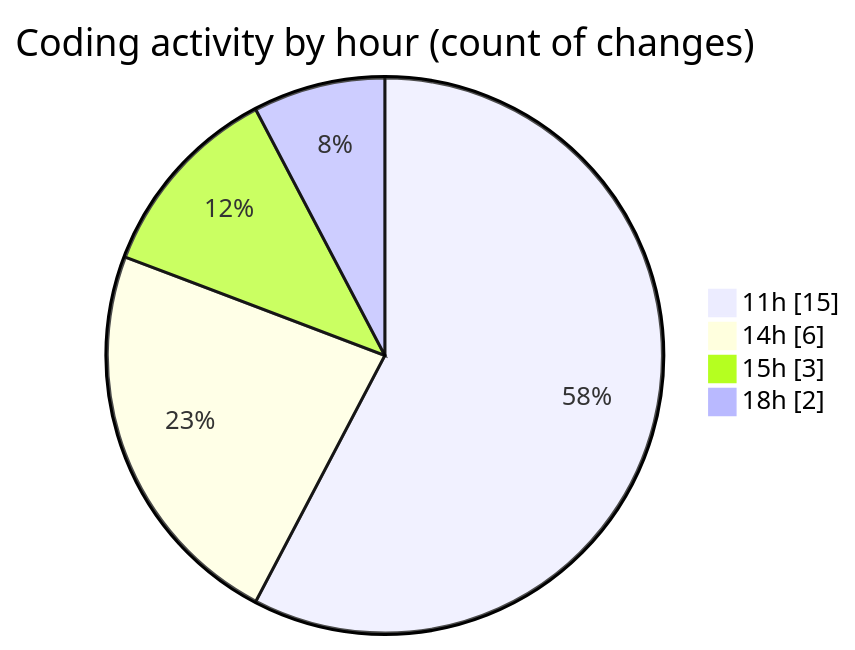
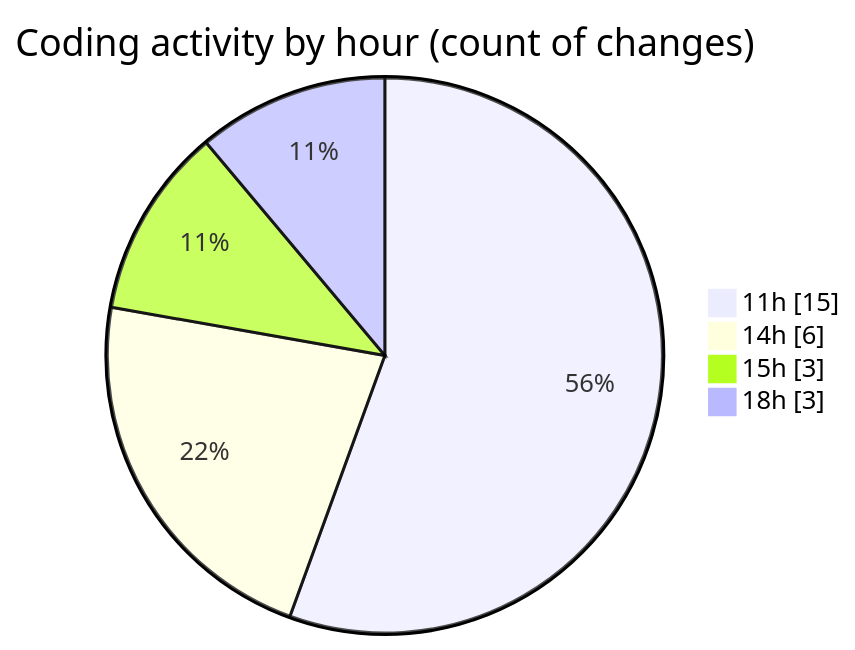
Before and after one commit to nxtqubesakshisongat/code-tracking: the second of 2 diagrams in 2025-12-12/nxtqube_webapp/README.md, drawn with Mermaid. The commit also changed other lines of this file and 1 other file, not shown here.

````diff
--- a/2025-12-12/nxtqube_webapp/README.md
+++ b/2025-12-12/nxtqube_webapp/README.md
@@ -31,8 +33,8 @@
 ```mermaid
 pie showData
 title Coding activity by hour (count of changes)
 "11h" : 15
 "14h" : 6
 "15h" : 3
-"18h" : 2
+"18h" : 3
 ```
````
